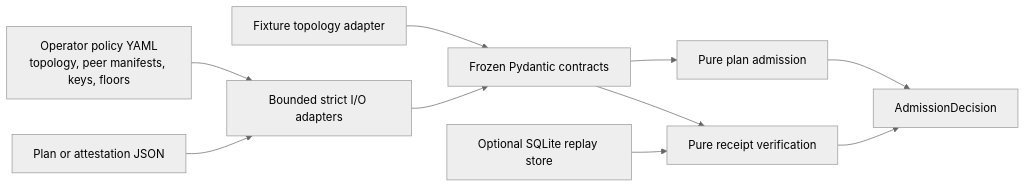
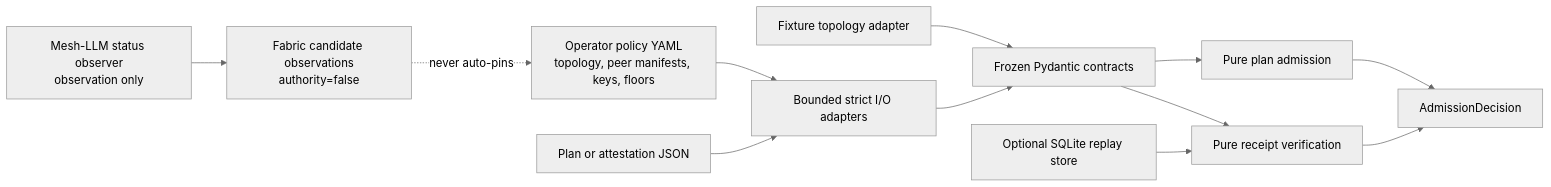
Before and after one commit to aantenore/LocusMesh: the diagram in README.md, drawn with Mermaid (neutral theme). The commit also changed other lines of this file and 20 other files, not shown here.

Commit message:
feat: add non-authoritative fabric observation

````diff
--- a/README.md
+++ b/README.md
@@ -152,22 +166,26 @@
 ```mermaid
 flowchart LR
     P["Operator policy YAML<br/>topology, peer manifests, keys, floors"]
     I["Plan or attestation JSON"]
     B["Bounded strict I/O adapters"]
     M["Frozen Pydantic contracts"]
     A["Pure plan admission"]
     V["Pure receipt verification"]
     D["AdmissionDecision"]
     F["Fixture topology adapter"]
+    O["Mesh-LLM status observer<br/>observation only"]
+    C["Fabric candidate observations<br/>authority=false"]
     S["Optional SQLite replay store"]
 
     P --> B
     I --> B
     F --> M
+    O --> C
+    C -. "never auto-pins" .-> P
     B --> M
     M --> A
     M --> V
     A --> D
     V --> D
     S --> V
 ```
````
